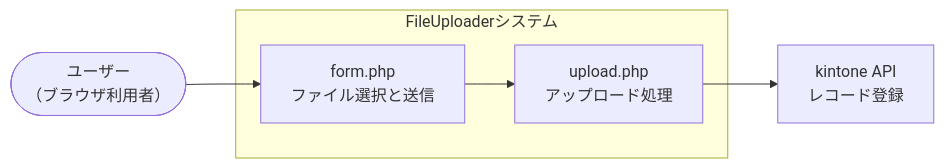
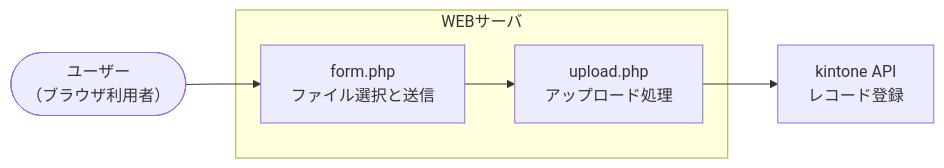
One commit to Kahiro-M/fileUploader4KntnFileSv changed the second of 7 diagrams in design.md. Above: the diagram before and after it, drawn with Mermaid. The commit also changed other lines of this file, not shown here.

````diff
--- a/design.md
+++ b/design.md
@@ -8,19 +35,19 @@
 ```mermaid
 flowchart LR
     %% アクター
     USR([ユーザー<br>（ブラウザ利用者）])
 
     %% システム
-    subgraph S[FileUploaderシステム]
+    subgraph S[WEBサーバ]
         FRM[form.php<br>ファイル選択と送信]
         UP[upload.php<br>アップロード処理]
     end
 
     %% 外部システム
     KNTN[kintone API<br>レコード登録]
 
     %% 矢印
     USR --> FRM
     FRM --> UP
     UP --> KNTN
 ```
````
